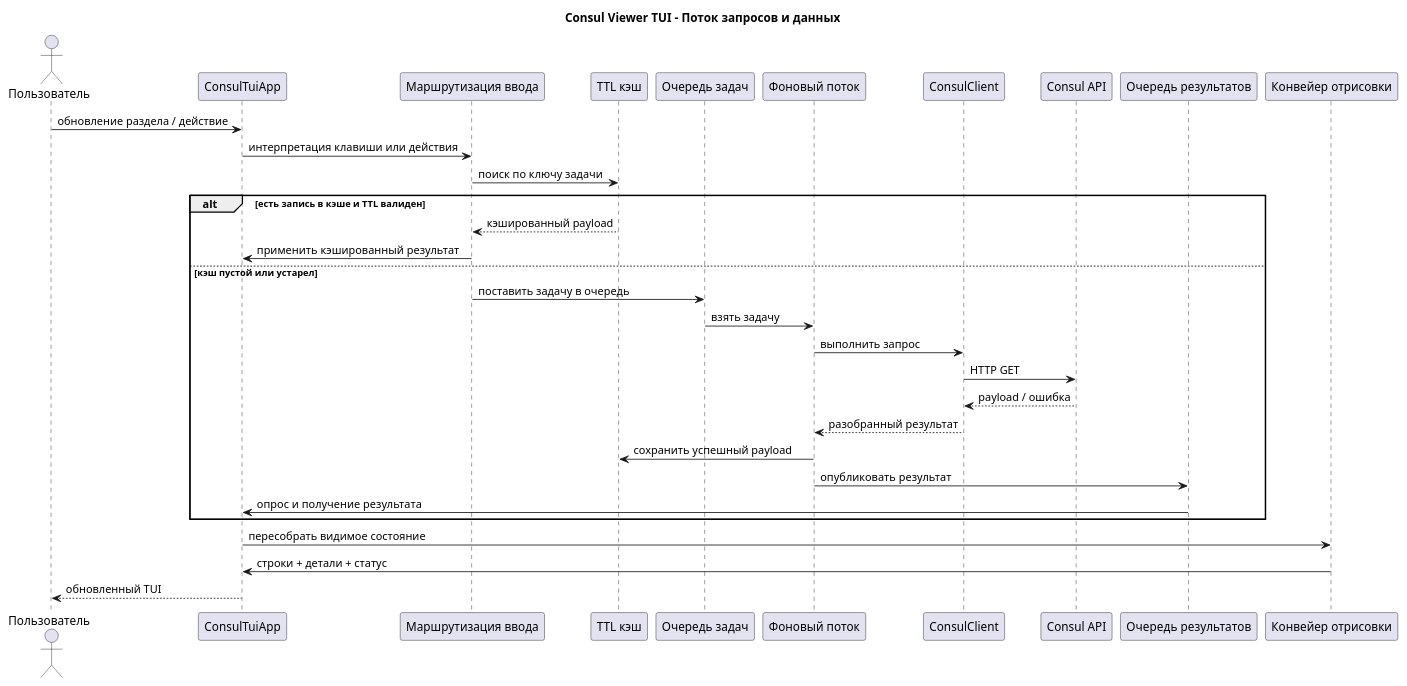
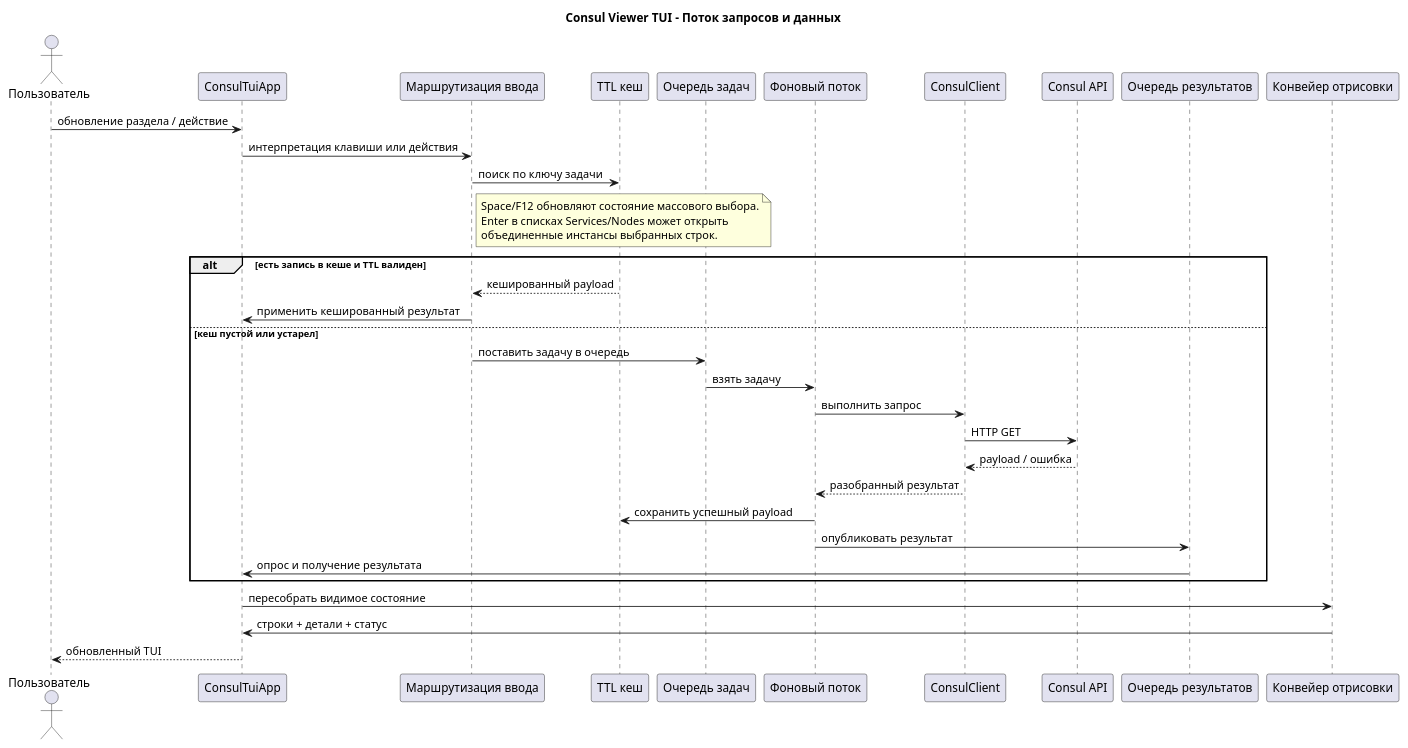
Before and after one commit to dtarasov7/consul-viewer: the diagram in diagramms/02-request-dataflow-ru.puml, drawn with PlantUML. The commit also changed 15 other files, not shown here.

```diff
--- a/diagramms/02-request-dataflow-ru.puml
+++ b/diagramms/02-request-dataflow-ru.puml
@@ -1,40 +1,46 @@
 @startuml
 title Consul Viewer TUI - Поток запросов и данных
 
 skinparam shadowing false
 
 actor "Пользователь" as User
 participant "ConsulTuiApp" as App
 participant "Маршрутизация ввода" as Input
-participant "TTL кэш" as Cache
+participant "TTL кеш" as Cache
 participant "Очередь задач" as Jobs
 participant "Фоновый поток" as Worker
 participant "ConsulClient" as Client
 participant "Consul API" as Api
 participant "Очередь результатов" as Results
 participant "Конвейер отрисовки" as Render
 
 User -> App: обновление раздела / действие
 App -> Input: интерпретация клавиши или действия
 Input -> Cache: поиск по ключу задачи
 
-alt есть запись в кэше и TTL валиден
-  Cache --> Input: кэшированный payload
-  Input -> App: применить кэшированный результат
-else кэш пустой или устарел
+note right of Input
+Space/F12 обновляют состояние массового выбора.
+Enter в списках Services/Nodes может открыть
+объединенные инстансы выбранных строк.
+end note
+
+alt есть запись в кеше и TTL валиден
+  Cache --> Input: кешированный payload
+  Input -> App: применить кешированный результат
+else кеш пустой или устарел
   Input -> Jobs: поставить задачу в очередь
   Jobs -> Worker: взять задачу
   Worker -> Client: выполнить запрос
   Client -> Api: HTTP GET
   Api --> Client: payload / ошибка
   Client --> Worker: разобранный результат
   Worker -> Cache: сохранить успешный payload
   Worker -> Results: опубликовать результат
   Results -> App: опрос и получение результата
 end
 
 App -> Render: пересобрать видимое состояние
 Render -> App: строки + детали + статус
 App --> User: обновленный TUI
 
 @enduml
```
